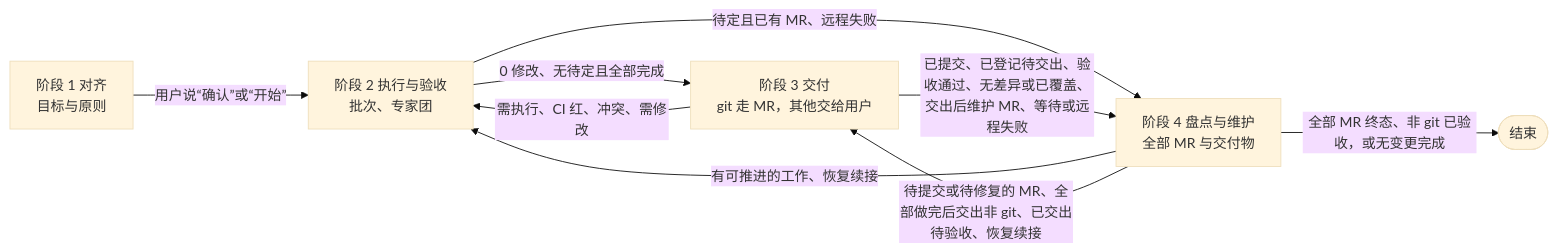
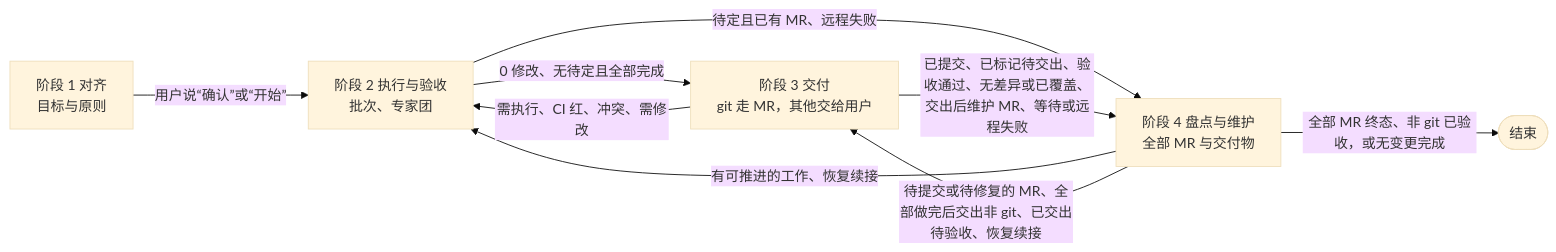
The diagram in align-deliver/SKILL.md (lzxb/align-deliver), drawn with Mermaid (base theme) before and after one commit. The commit also changed other lines of this file and 16 other files, not shown here.

````diff
--- a/align-deliver/SKILL.md
+++ b/align-deliver/SKILL.md
@@ -14,11 +14,11 @@
 ```mermaid
 flowchart LR
   P1["阶段 1 对齐<br/>目标与原则"] -- "用户说“确认”或“开始”" --> P2["阶段 2 执行与验收<br/>批次、专家团"]
   P2 -- "0 修改、无待定且全部完成" --> P3["阶段 3 交付<br/>git 走 MR，其他交给用户"]
   P2 -- "待定且已有 MR、远程失败" --> P4["阶段 4 盘点与维护<br/>全部 MR 与交付物"]
-  P3 -- "已提交、已登记待交出、验收通过、无差异或已覆盖、交出后维护 MR、等待或远程失败" --> P4
+  P3 -- "已提交、已标记待交出、验收通过、无差异或已覆盖、交出后维护 MR、等待或远程失败" --> P4
   P3 -- "需执行、CI 红、冲突、需修改" --> P2
   P4 -- "有可推进的工作、恢复续接" --> P2
   P4 -- "待提交或待修复的 MR、全部做完后交出非 git、已交出待验收、恢复续接" --> P3
   P4 -- "全部 MR 终态、非 git 已验收，或无变更完成" --> END(["结束"])
 ```
````
